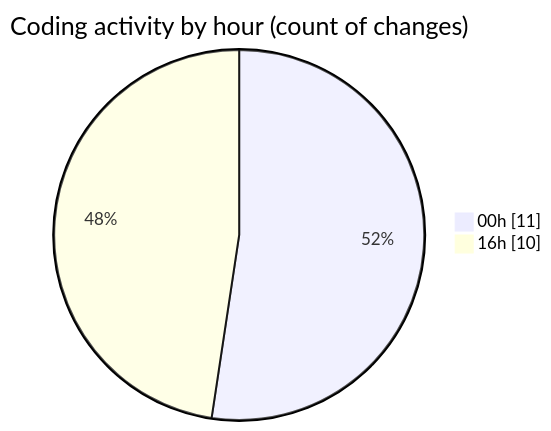
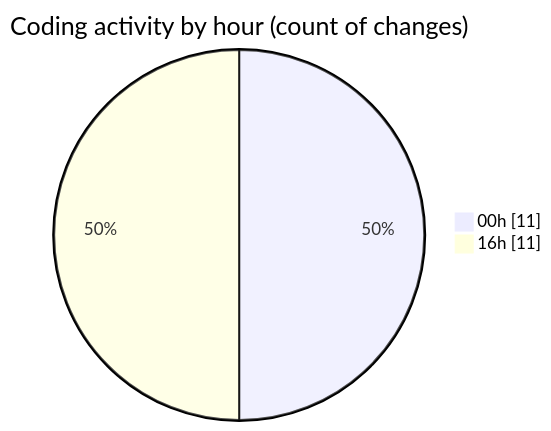
One commit to julien-gomy/code-tracking changed the second of 2 diagrams in 2025-11-26/eventscop-api-guide__workspace_/README.md. Above: the diagram before and after it, drawn with Mermaid. The commit also changed other lines of this file and 1 other file, not shown here.

````diff
--- a/2025-11-26/eventscop-api-guide__workspace_/README.md
+++ b/2025-11-26/eventscop-api-guide__workspace_/README.md
@@ -33,6 +34,6 @@
 ```mermaid
 pie showData
 title Coding activity by hour (count of changes)
 "00h" : 11
-"16h" : 10
+"16h" : 11
 ```
````
